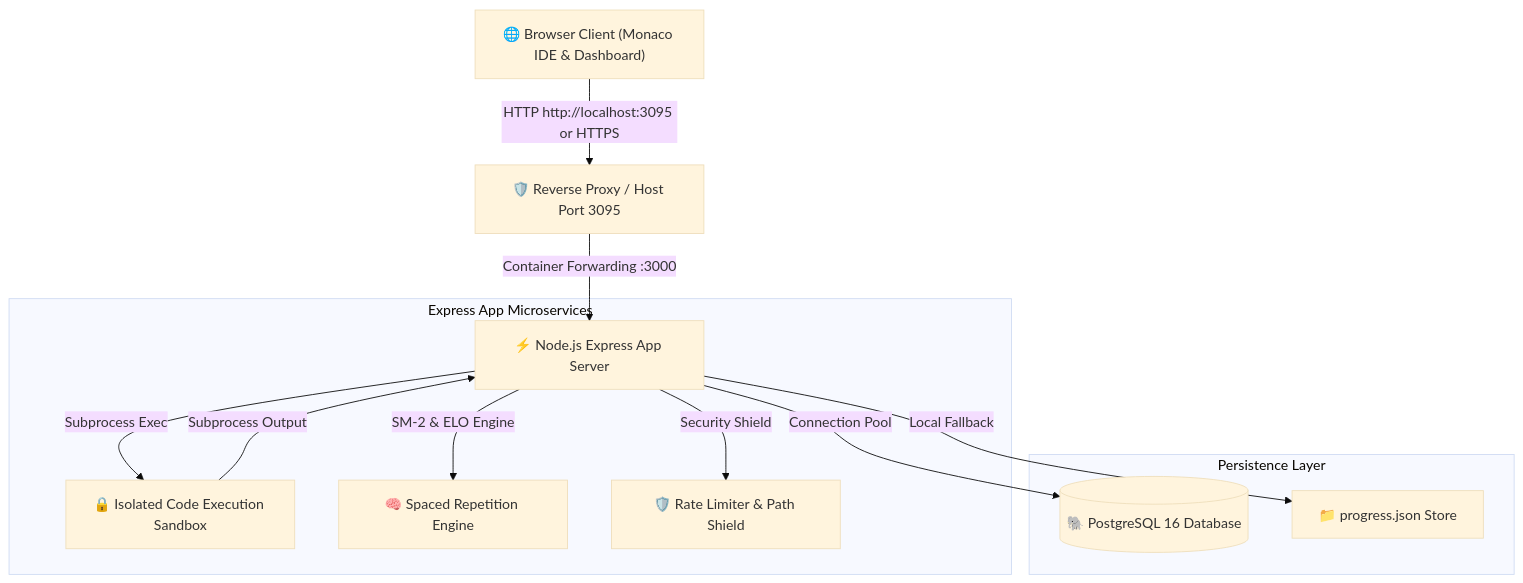
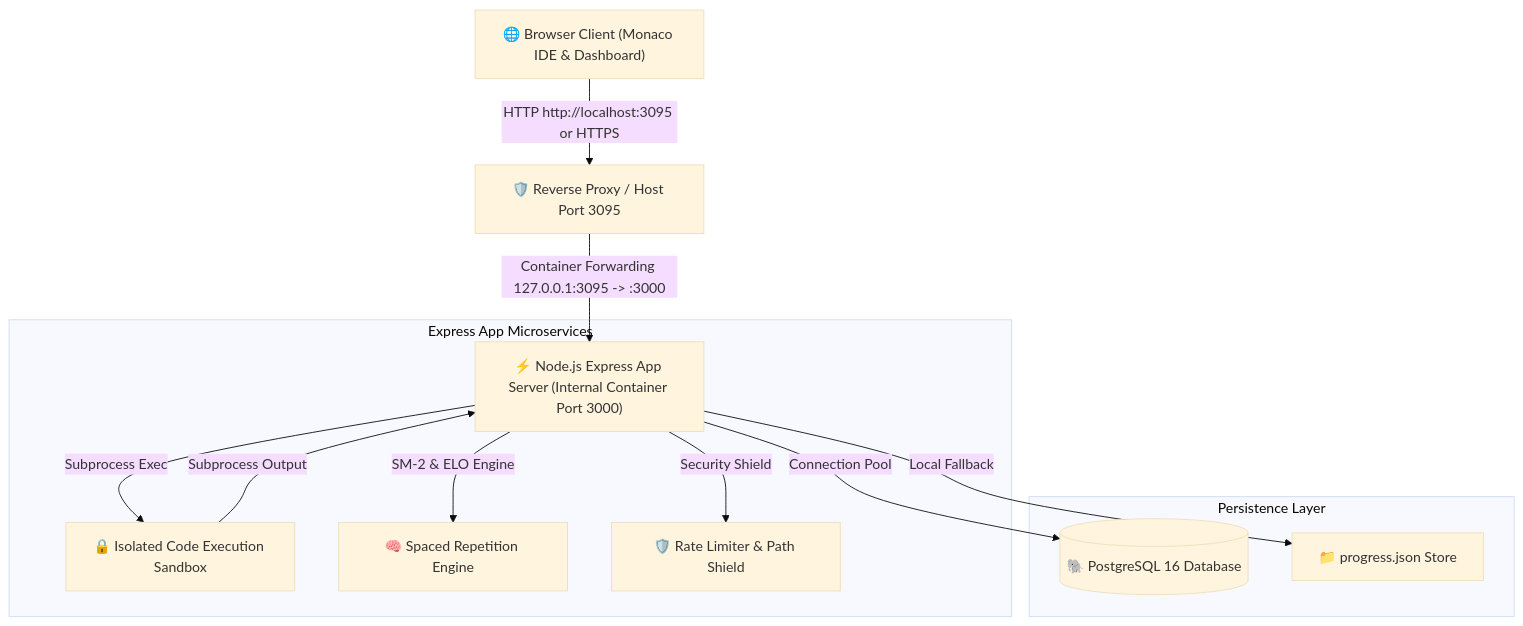
Before and after one commit to anmolsharma152/AlgoDeck: the diagram in README.md, drawn with Mermaid (base theme). The commit also changed other lines of this file and 3 other files, not shown here.

Commit message:
docs(server): fix docs static route, update port 3095 diagrams and test runner

````diff
--- a/README.md
+++ b/README.md
@@ -45,18 +46,18 @@
 ```mermaid
 graph TD
     User["🌐 Browser Client (Monaco IDE & Dashboard)"] -->|HTTP http://localhost:3095 or HTTPS| Proxy["🛡️ Reverse Proxy / Host Port 3095"]
-    Proxy -->|Container Forwarding :3000| Server["⚡ Node.js Express App Server"]
+    Proxy -->|Container Forwarding 127.0.0.1:3095 -> :3000| Server["⚡ Node.js Express App Server (Internal Container Port 3000)"]
     
     subgraph AppServer ["Express App Microservices"]
         Server -->|Subprocess Exec| Sandbox["🔒 Isolated Code Execution Sandbox"]
         Server -->|SM-2 & ELO Engine| Cognitive["🧠 Spaced Repetition Engine"]
         Server -->|Security Shield| RateLimiter["🛡️ Rate Limiter & Path Shield"]
     end
     
     subgraph DataStore ["Persistence Layer"]
         Server -->|Connection Pool| DB[("🐘 PostgreSQL 16 Database")]
         Server -->|Local Fallback| JSONStore["📁 progress.json Store"]
     end
 
     Sandbox -->|Subprocess Output| Server
 ```
````
